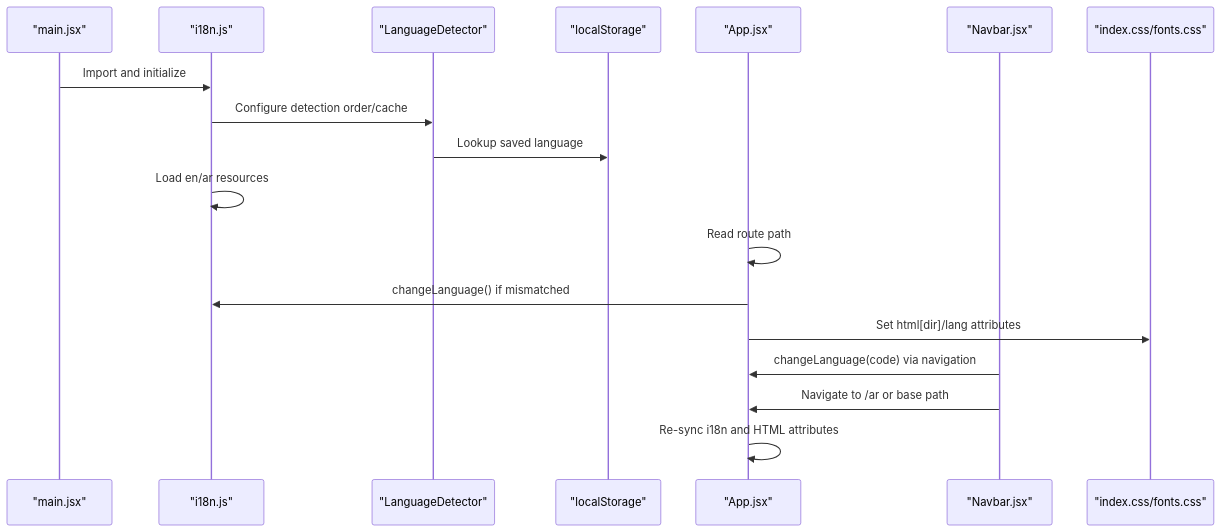
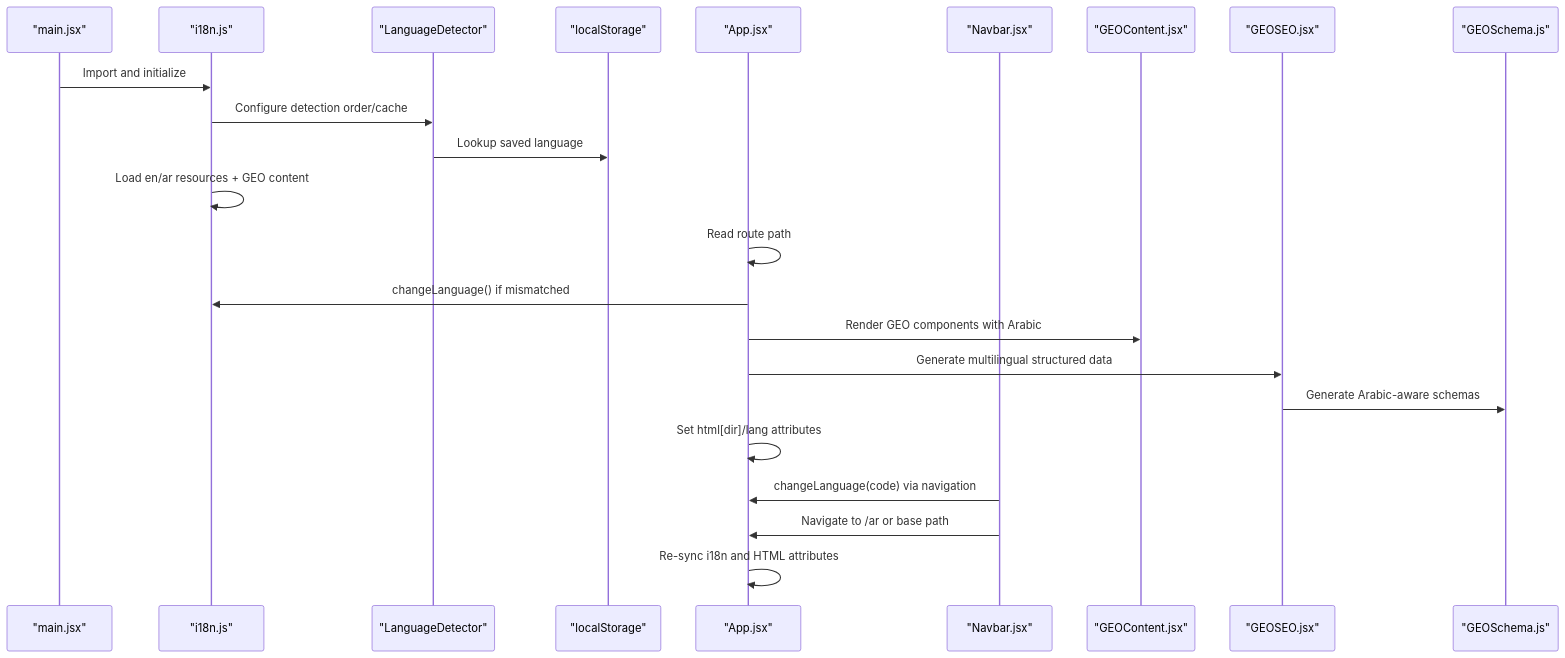
Before and after one commit to rumuze/landing-page: the second of 8 diagrams in .qoder/repowiki/en/content/Internationalization (i18n)/Internationalization (i18n).md, drawn with Mermaid. The commit also changed other lines of this file and 5 other files, not shown here.

````diff
--- a/.qoder/repowiki/en/content/Internationalization (i18n)/Internationalization (i18n).md
+++ b/.qoder/repowiki/en/content/Internationalization (i18n)/Internationalization (i18n).md
@@ -117,20 +160,25 @@
 ```mermaid
 sequenceDiagram
 participant Boot as "main.jsx"
 participant I18N as "i18n.js"
 participant Detector as "LanguageDetector"
 participant Storage as "localStorage"
 participant App as "App.jsx"
 participant Navbar as "Navbar.jsx"
-participant CSS as "index.css/fonts.css"
+participant GEOContent as "GEOContent.jsx"
+participant GEOSEO as "GEOSEO.jsx"
+participant GEOSchema as "GEOSchema.js"
 Boot->>I18N : Import and initialize
 I18N->>Detector : Configure detection order/cache
 Detector->>Storage : Lookup saved language
-I18N->>I18N : Load en/ar resources
+I18N->>I18N : Load en/ar resources + GEO content
 App->>App : Read route path
 App->>I18N : changeLanguage() if mismatched
-App->>CSS : Set html[dir]/lang attributes
+App->>GEOContent : Render GEO components with Arabic
+App->>GEOSEO : Generate multilingual structured data
+GEOSEO->>GEOSchema : Generate Arabic-aware schemas
+App->>App : Set html[dir]/lang attributes
 Navbar->>App : changeLanguage(code) via navigation
 Navbar->>App : Navigate to /ar or base path
 App->>App : Re-sync i18n and HTML attributes
 ```
````
